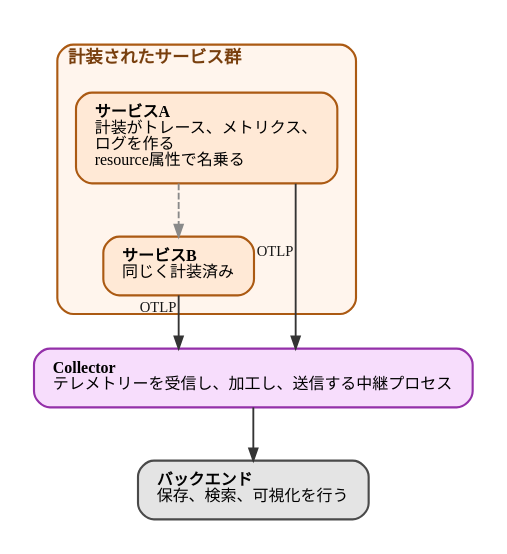
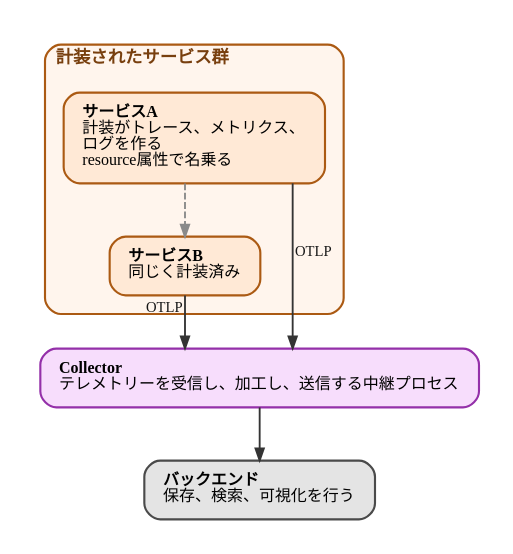
Before and after one commit to ymotongpoo/zenn.dev: the diagram in diagrams/observability-platform-with-otel/20260926-minimal-otel.dot, drawn with Graphviz. The commit also changed 9 other files, not shown here.

First line of the commit message:
fix(otel-platform): 図1のラベル位置を直し、図3に区切り線を入れる

```diff
--- a/diagrams/observability-platform-with-otel/20260926-minimal-otel.dot
+++ b/diagrams/observability-platform-with-otel/20260926-minimal-otel.dot
@@ -1,38 +1,39 @@
 // OpenTelemetryの最小構成
 digraph minimal_otel {
   graph [
     fontname="IBM Plex Sans JP", fontsize=13,
     rankdir=TB, compound=true, splines=ortho,
     nodesep=0.5, ranksep=0.55, pad=0.25,
     bgcolor="white", newrank=true
   ];
   node [
     fontname="IBM Plex Sans JP", fontsize=12,
     shape=box, style="rounded,filled",
     fillcolor="#E4E4E4", color="#4A4A4A", penwidth=1.6,
     margin="0.2,0.14"
   ];
   edge [
     fontname="IBM Plex Sans JP", fontsize=11,
     color="#343434", penwidth=1.4, arrowsize=0.9,
     fontcolor="#171717"
   ];
 
   subgraph cluster_apps {
     label=<<b>計装されたサービス群</b>>;
     labeljust="l"; style="rounded"; penwidth=1.6;
     color="#AB5A13"; bgcolor="#FFF5ED"; fontcolor="#783F0E"; margin=14;
     svcA [label=<<b>サービスA</b><br align="left"/>計装がトレース、メトリクス、<br align="left"/>ログを作る<br align="left"/>resource属性で名乗る<br align="left"/>>, fillcolor="#FFE9D6", color="#AB5A13"];
     svcB [label=<<b>サービスB</b><br align="left"/>同じく計装済み<br align="left"/>>, fillcolor="#FFE9D6", color="#AB5A13"];
   }
 
   collector [label=<<b>Collector</b><br align="left"/>テレメトリーを受信し、加工し、送信する中継プロセス<br align="left"/>>, fillcolor="#F7DDFC", color="#9430A9"];
   backend [label=<<b>バックエンド</b><br align="left"/>保存、検索、可視化を行う<br align="left"/>>];
 
-  // ラベルは2行あると経路から大きく離れた位置に置かれ、どの線の説明か
-  // 分からなくなる。点線の意味と propagator はキャプションが述べている。
+  // svcA から Collector へ下りる線は svcB の右脇を通る。ラベルは
+  // nudge_xlabel_from_edge.py が線から離す方向へ押し出すが、その際
+  // クラスタの枠を越えないよう制限がかかる。
   svcA -> svcB [style=dashed, color="#8A8A8A", fontcolor="#4A4A4A"];
-  svcA -> collector [xlabel=" OTLP"];
+  svcA:se -> collector [xlabel=" OTLP"];
   svcB -> collector [xlabel=" OTLP"];
   collector -> backend;
 }
```
